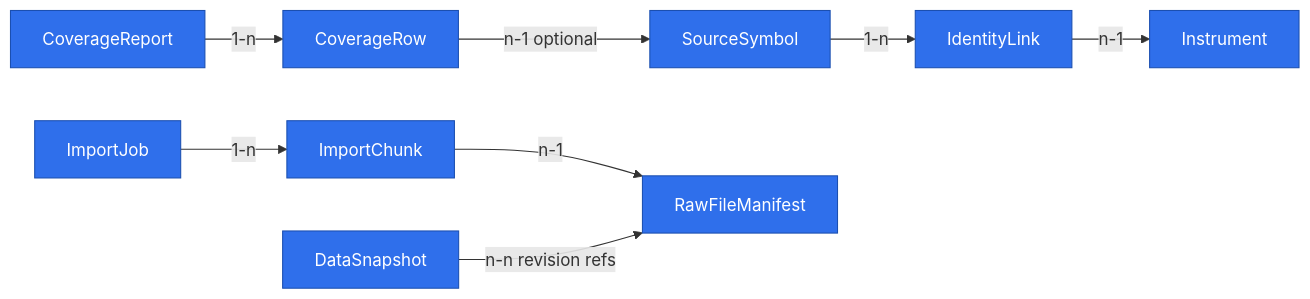
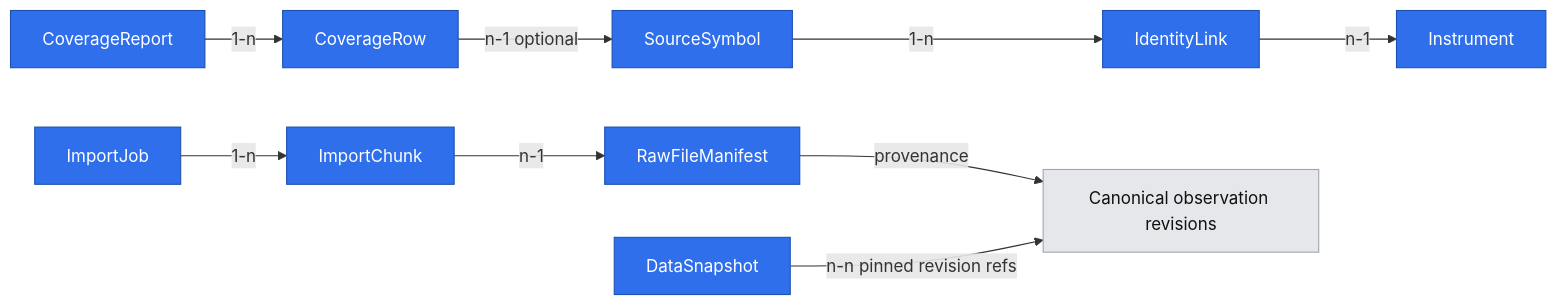
The second of 2 diagrams in .ai/specs/2026-11-04-local-gpw-history-with-coverage.md (pawelfree/lesine), drawn with Mermaid before and after one commit. The commit also changed other lines of this file and 32 other files, not shown here.

````diff
--- a/.ai/specs/2026-11-04-local-gpw-history-with-coverage.md
+++ b/.ai/specs/2026-11-04-local-gpw-history-with-coverage.md
@@ -43,21 +47,23 @@
 ```mermaid
 flowchart LR
   classDef newEntity fill:#2f6feb,color:#fff,stroke:#1b4fb0
   classDef existingEntity fill:#e5e7eb,color:#111,stroke:#9ca3af
   entity_1["SourceSymbol"]:::newEntity
   entity_2["IdentityLink"]:::newEntity
   entity_3["Instrument"]:::newEntity
   entity_4["ImportJob"]:::newEntity
   entity_5["ImportChunk"]:::newEntity
   entity_6["RawFileManifest"]:::newEntity
   entity_7["CoverageReport"]:::newEntity
   entity_8["CoverageRow"]:::newEntity
   entity_9["DataSnapshot"]:::newEntity
+  entity_10["Canonical observation revisions"]:::existingEntity
   entity_1 -->|1-n| entity_2
   entity_2 -->|n-1| entity_3
   entity_4 -->|1-n| entity_5
   entity_5 -->|n-1| entity_6
   entity_7 -->|1-n| entity_8
   entity_8 -->|n-1 optional| entity_1
-  entity_9 -->|n-n revision refs| entity_6
+  entity_6 -->|provenance| entity_10
+  entity_9 -->|n-n pinned revision refs| entity_10
 ```
````
